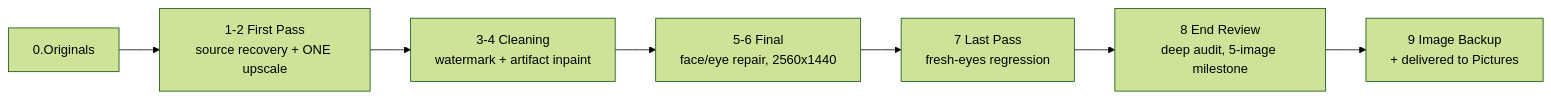
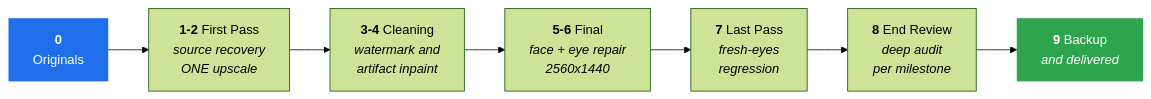
The diagram in README.md (Remus3/Legion-Wallpaper), drawn with Mermaid (forest theme) before and after one commit. The commit also changed other lines of this file, not shown here.

````diff
--- a/README.md
+++ b/README.md
@@ -28,9 +29,11 @@
 ```mermaid
 flowchart LR
-  A["0.Originals"] --> B["1-2 First Pass<br/>source recovery + ONE upscale"]
-  B --> C["3-4 Cleaning<br/>watermark + artifact inpaint"]
-  C --> D["5-6 Final<br/>face/eye repair, 2560x1440"]
-  D --> E["7 Last Pass<br/>fresh-eyes regression"]
-  E --> F["8 End Review<br/>deep audit, 5-image milestone"]
-  F --> G["9 Image Backup<br/>+ delivered to Pictures"]
+  A["<b>0</b><br/>Originals"] --> B["<b>1-2</b> First Pass<br/><i>source recovery<br/>ONE upscale</i>"]
+  B --> C["<b>3-4</b> Cleaning<br/><i>watermark and<br/>artifact inpaint</i>"]
+  C --> D["<b>5-6</b> Final<br/><i>face + eye repair<br/>2560x1440</i>"]
+  D --> E["<b>7</b> Last Pass<br/><i>fresh-eyes<br/>regression</i>"]
+  E --> F["<b>8</b> End Review<br/><i>deep audit<br/>per milestone</i>"]
+  F --> G["<b>9</b> Backup<br/><i>and delivered</i>"]
+  style A fill:#1f6feb,color:#fff,stroke:none
+  style G fill:#2ea44f,color:#fff,stroke:none
 ```
````
